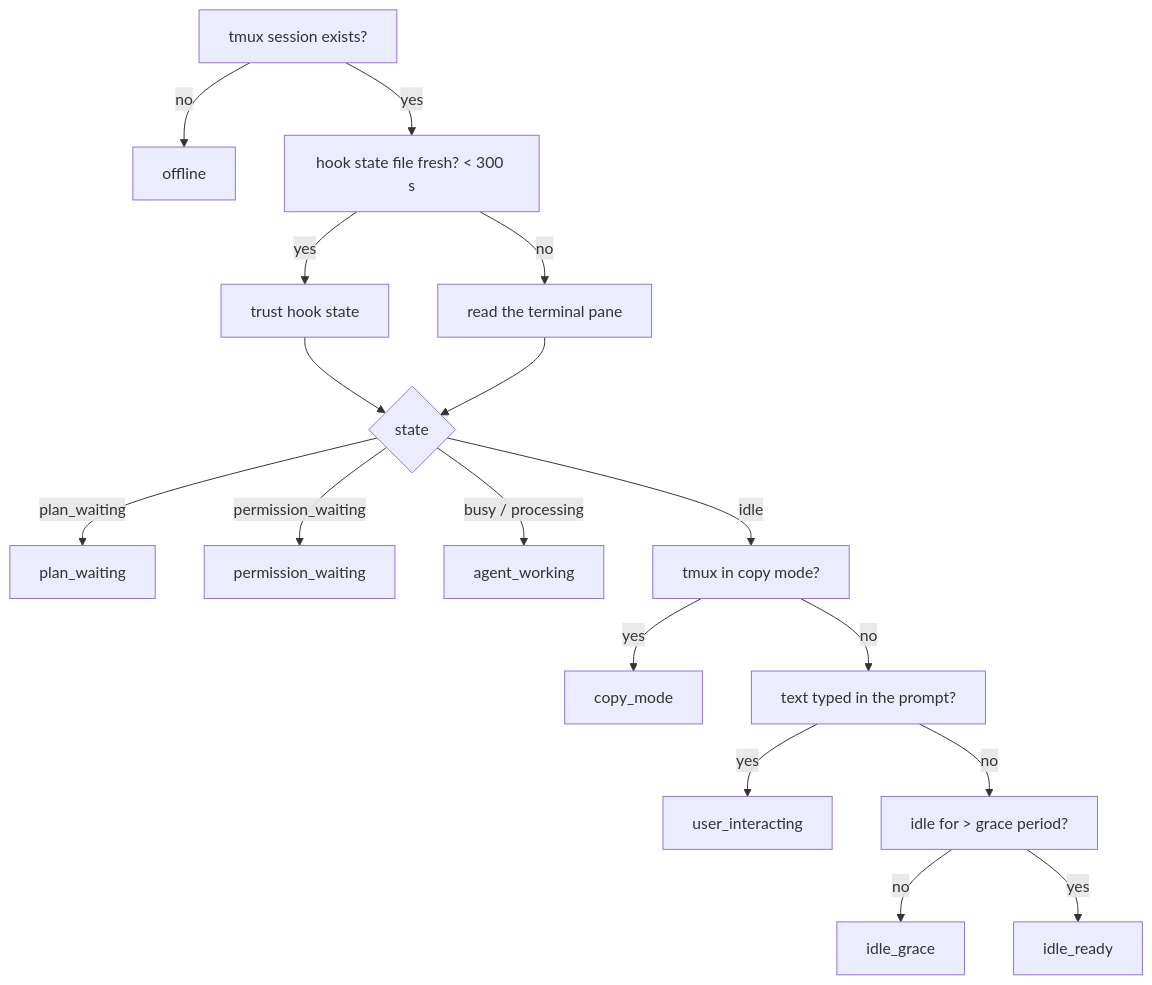
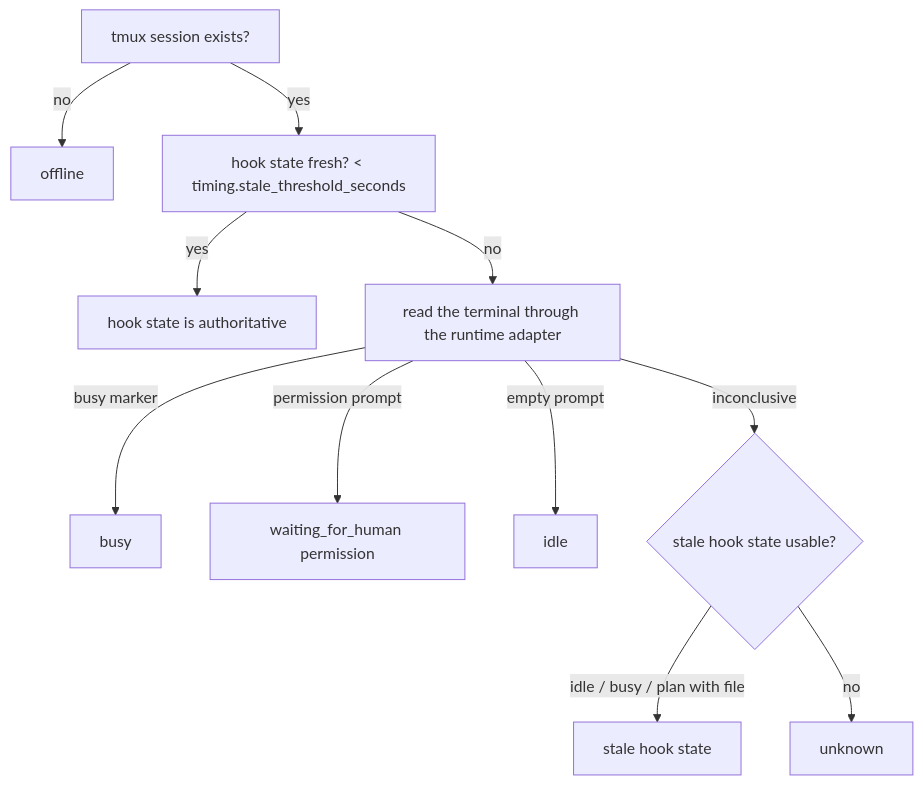
Before and after one commit to eandualem/agent-backbone: the first of 3 diagrams in docs/how-it-works.md, drawn with Mermaid. The commit also changed other lines of this file and 14 other files, not shown here.

````diff
--- a/docs/how-it-works.md
+++ b/docs/how-it-works.md
@@ -40,19 +42,13 @@
 ```mermaid
 flowchart TD
     A[tmux session exists?] -->|no| OFF[offline]
-    A -->|yes| B[hook state file fresh? < 300 s]
-    B -->|yes| C[trust hook state]
-    B -->|no| D[read the terminal pane]
-    C --> E{state}
-    D --> E
-    E -->|plan_waiting| PW[plan_waiting]
-    E -->|permission_waiting| PermW[permission_waiting]
-    E -->|busy / processing| W[agent_working]
-    E -->|idle| F[tmux in copy mode?]
-    F -->|yes| CM[copy_mode]
-    F -->|no| G[text typed in the prompt?]
-    G -->|yes| UI[user_interacting]
-    G -->|no| H[idle for > grace period?]
-    H -->|no| IG[idle_grace]
-    H -->|yes| IR[idle_ready]
+    A -->|yes| B[hook state fresh? < timing.stale_threshold_seconds]
+    B -->|yes| C[hook state is authoritative]
+    B -->|no| D[read the terminal through the runtime adapter]
+    D -->|busy marker| BUSY[busy]
+    D -->|permission prompt| WFH[waiting_for_human permission]
+    D -->|empty prompt| IDLE[idle]
+    D -->|inconclusive| E{stale hook state usable?}
+    E -->|idle / busy / plan with file| F[stale hook state]
+    E -->|no| UNK[unknown]
 ```
````
